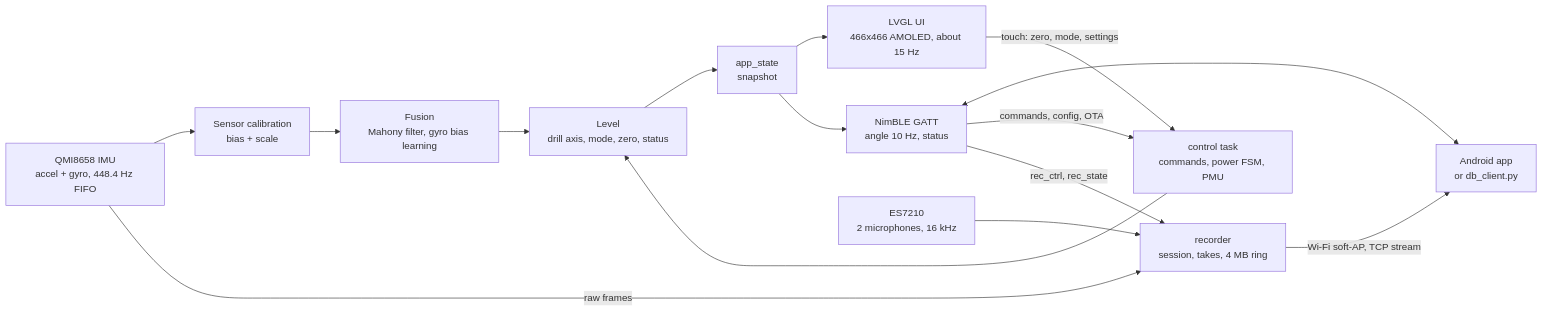
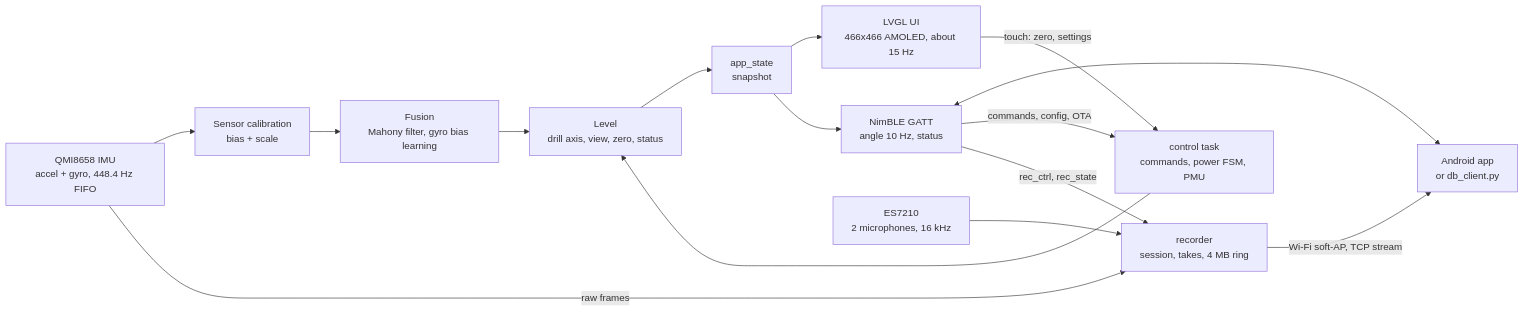
The diagram in README.md (Tropaion/Drill_Balancer), drawn with Mermaid before and after one commit. The commit also changed other lines of this file and 6 other files, not shown here.

````diff
--- a/README.md
+++ b/README.md
@@ -91,17 +91,17 @@
 ```mermaid
 flowchart LR
   IMU["QMI8658 IMU<br/>accel + gyro, 448.4 Hz FIFO"] --> CAL["Sensor calibration<br/>bias + scale"]
   CAL --> FUS["Fusion<br/>Mahony filter, gyro bias learning"]
-  FUS --> LVL["Level<br/>drill axis, mode, zero, status"]
+  FUS --> LVL["Level<br/>drill axis, view, zero, status"]
   LVL --> ST["app_state<br/>snapshot"]
   ST --> UI["LVGL UI<br/>466x466 AMOLED, about 15 Hz"]
   ST --> BLE["NimBLE GATT<br/>angle 10 Hz, status"]
   BLE <--> APP["Android app<br/>or db_client.py"]
-  UI -- "touch: zero, mode, settings" --> CTL["control task<br/>commands, power FSM, PMU"]
+  UI -- "touch: zero, settings" --> CTL["control task<br/>commands, power FSM, PMU"]
   BLE -- "commands, config, OTA" --> CTL
   CTL --> LVL
   IMU -- "raw frames" --> REC["recorder<br/>session, takes, 4 MB ring"]
   MIC["ES7210<br/>2 microphones, 16 kHz"] --> REC
   BLE -- "rec_ctrl, rec_state" --> REC
   REC -- "Wi-Fi soft-AP, TCP stream" --> APP
 ```
````
